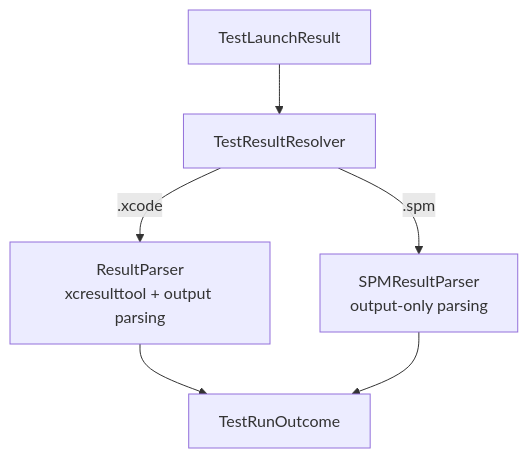
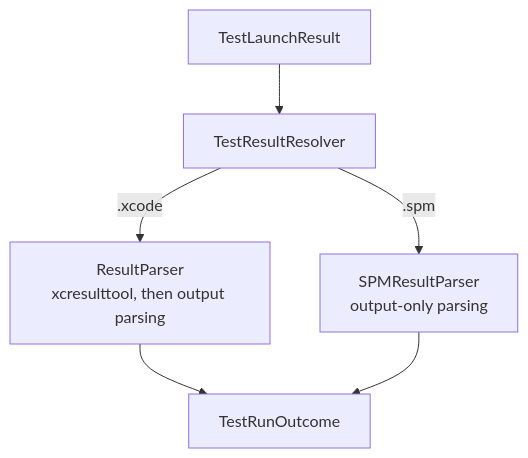
The sixth of 6 diagrams in Docs/Architecture/03-execution.md (ericodx/swift-mutation-testing), drawn with Mermaid before and after one commit. The commit also changed other lines of this file and 6 other files, not shown here.

Commit message:
docs: rewrite the architecture pages around the current commands, layers, warm Xcode path and configuration keys

````diff
--- a/Docs/Architecture/03-execution.md
+++ b/Docs/Architecture/03-execution.md
@@ -220,8 +238,8 @@
 ```mermaid
 flowchart TD
     TLR[TestLaunchResult] --> TR[TestResultResolver]
-    TR -- .xcode --> RP[ResultParser\nxcresulttool + output parsing]
-    TR -- .spm --> SP[SPMResultParser\noutput-only parsing]
+    TR -- .xcode --> RP["ResultParser\nxcresulttool, then output parsing"]
+    TR -- .spm --> SP["SPMResultParser\noutput-only parsing"]
     RP --> OUT[TestRunOutcome]
     SP --> OUT
 ```
````
